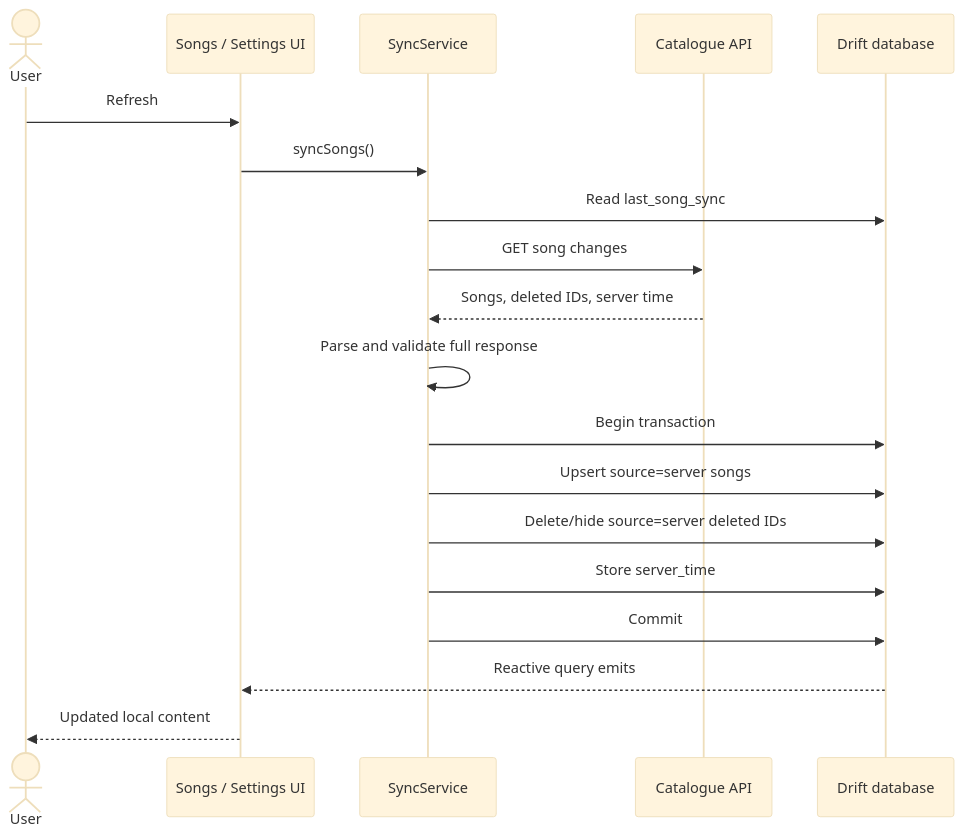
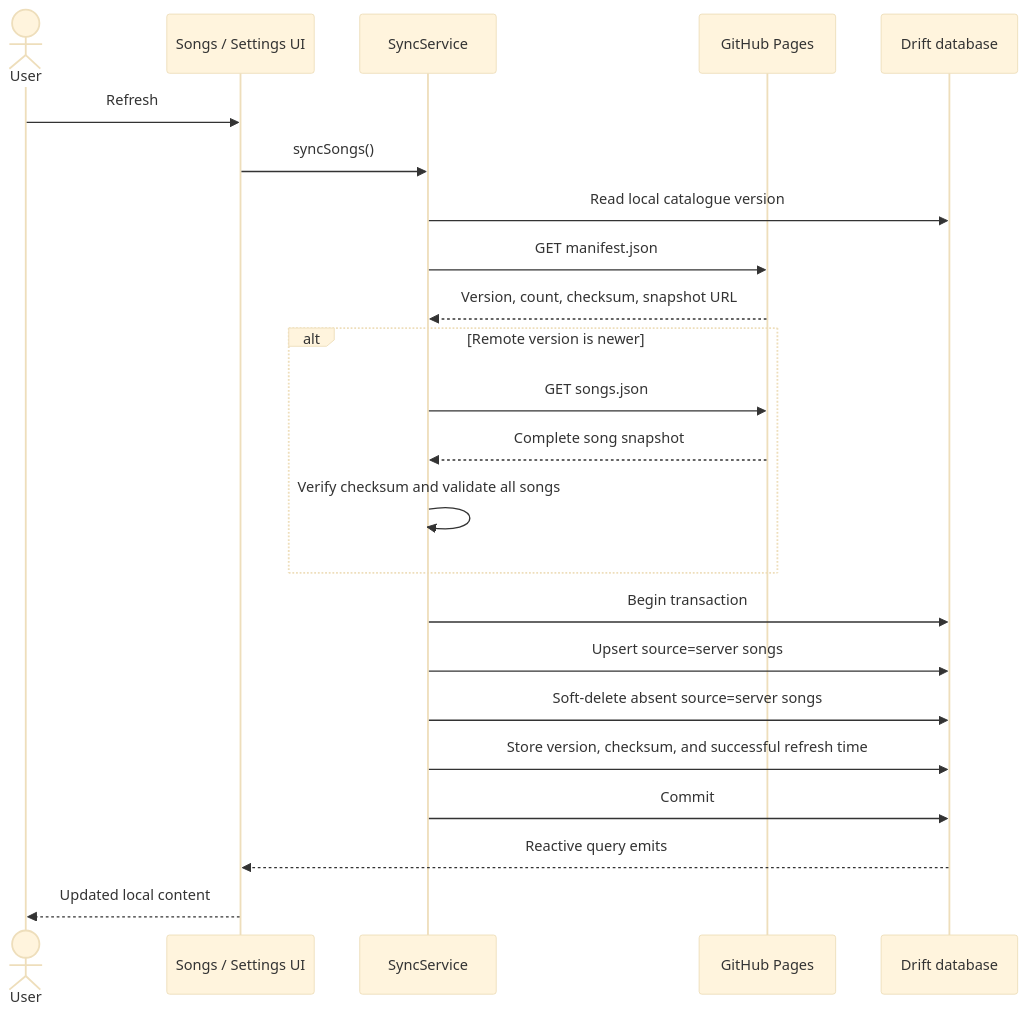
The second of 2 diagrams in docs/ARCHITECTURE.md (nani-samireddy/praise), drawn with Mermaid (base theme) before and after one commit. The commit also changed other lines of this file and 38 other files, not shown here.

````diff
--- a/docs/ARCHITECTURE.md
+++ b/docs/ARCHITECTURE.md
@@ -274,22 +251,26 @@
 ```mermaid
 sequenceDiagram
     actor User
     participant UI as Songs / Settings UI
     participant Sync as SyncService
-    participant API as Catalogue API
+    participant Pages as GitHub Pages
     participant DB as Drift database
 
     User->>UI: Refresh
     UI->>Sync: syncSongs()
-    Sync->>DB: Read last_song_sync
-    Sync->>API: GET song changes
-    API-->>Sync: Songs, deleted IDs, server time
-    Sync->>Sync: Parse and validate full response
+    Sync->>DB: Read local catalogue version
+    Sync->>Pages: GET manifest.json
+    Pages-->>Sync: Version, count, checksum, snapshot URL
+    alt Remote version is newer
+        Sync->>Pages: GET songs.json
+        Pages-->>Sync: Complete song snapshot
+        Sync->>Sync: Verify checksum and validate all songs
+    end
     Sync->>DB: Begin transaction
     Sync->>DB: Upsert source=server songs
-    Sync->>DB: Delete/hide source=server deleted IDs
-    Sync->>DB: Store server_time
+    Sync->>DB: Soft-delete absent source=server songs
+    Sync->>DB: Store version, checksum, and successful refresh time
     Sync->>DB: Commit
     DB-->>UI: Reactive query emits
     UI-->>User: Updated local content
 ```
````
